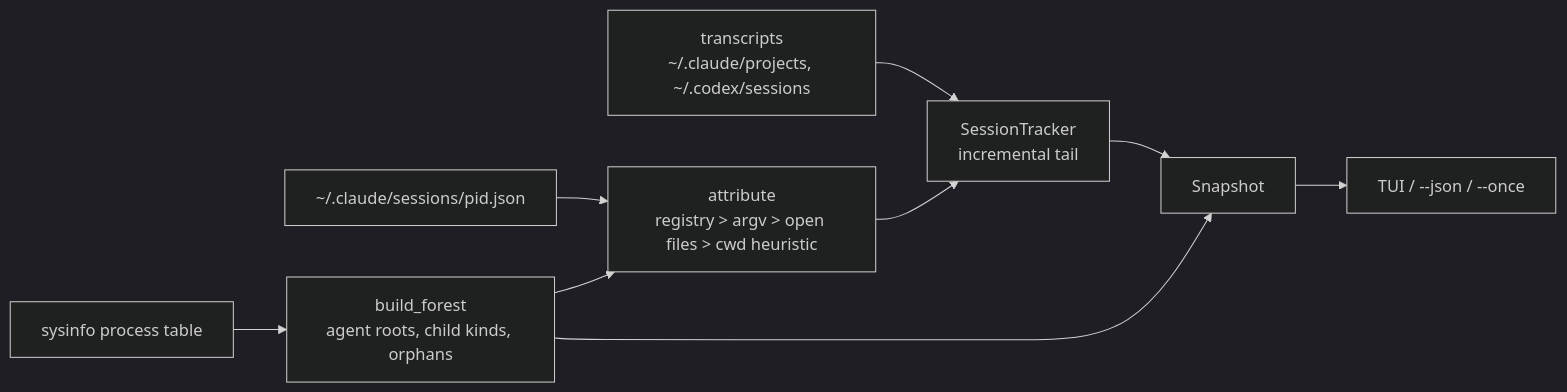
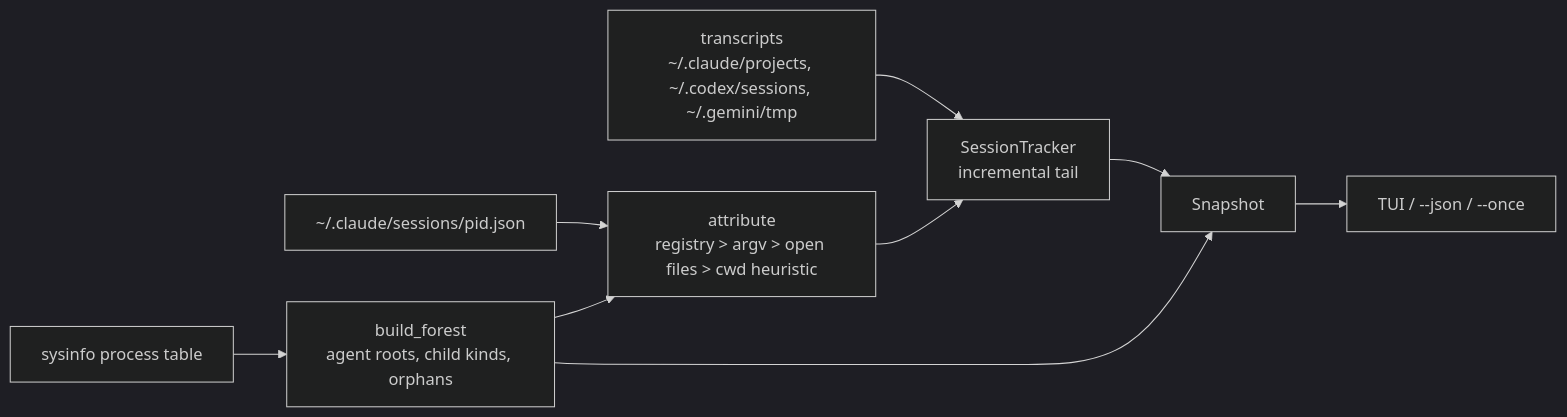
One commit to kannandreams/agent-top changed the diagram in docs/architecture.md. Above: the diagram before and after it, drawn with Mermaid (dark theme). The commit also changed other lines of this file and 25 other files, not shown here.

````diff
--- a/docs/architecture.md
+++ b/docs/architecture.md
@@ -24,11 +24,11 @@
 ```mermaid
 flowchart LR
   P[sysinfo process table] --> F[build_forest\nagent roots, child kinds, orphans]
   R[~/.claude/sessions/pid.json] --> A[attribute\nregistry > argv > open files > cwd heuristic]
   F --> A
-  T[transcripts\n~/.claude/projects, ~/.codex/sessions] --> K[SessionTracker\nincremental tail]
+  T[transcripts\n~/.claude/projects, ~/.codex/sessions, ~/.gemini/tmp] --> K[SessionTracker\nincremental tail]
   A --> K
   K --> S[Snapshot]
   F --> S
   S --> U[TUI / --json / --once]
 ```
````
